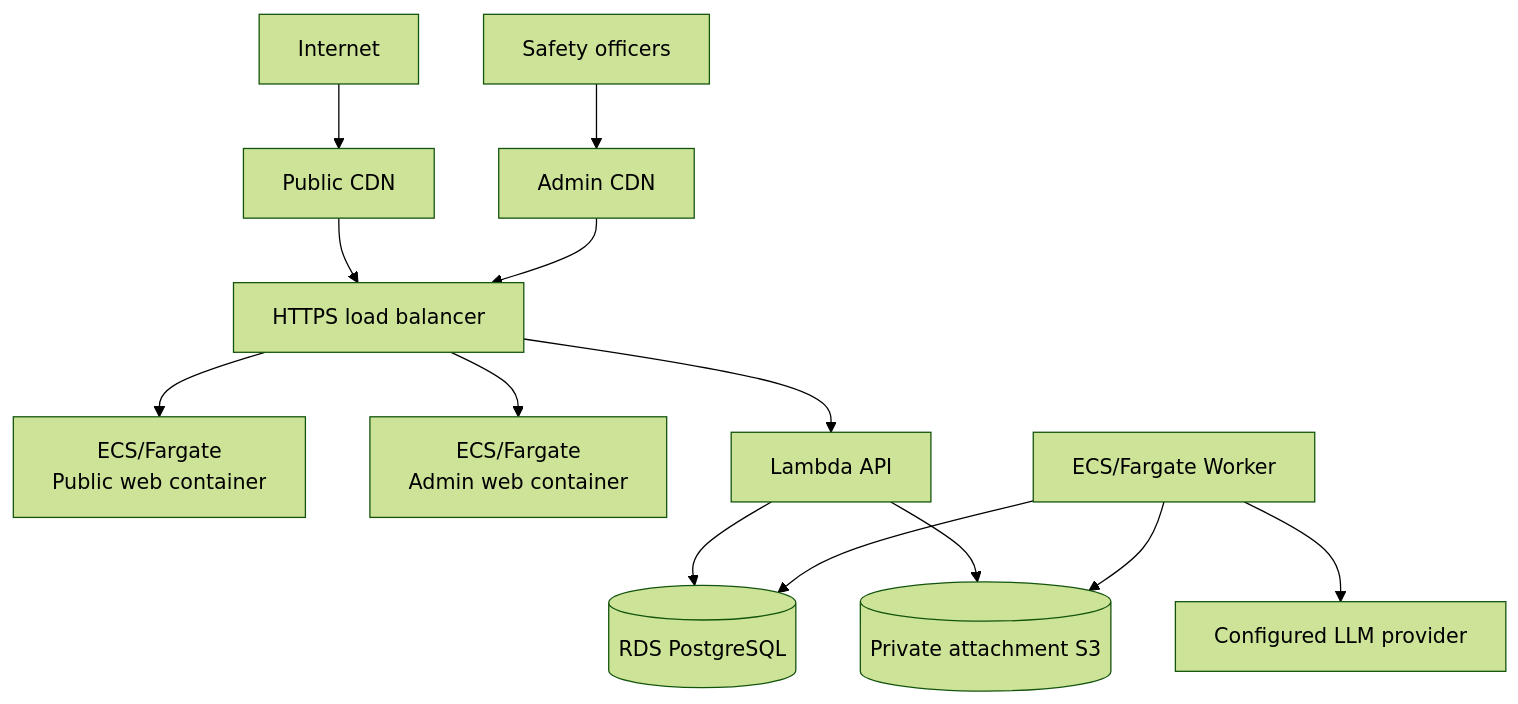
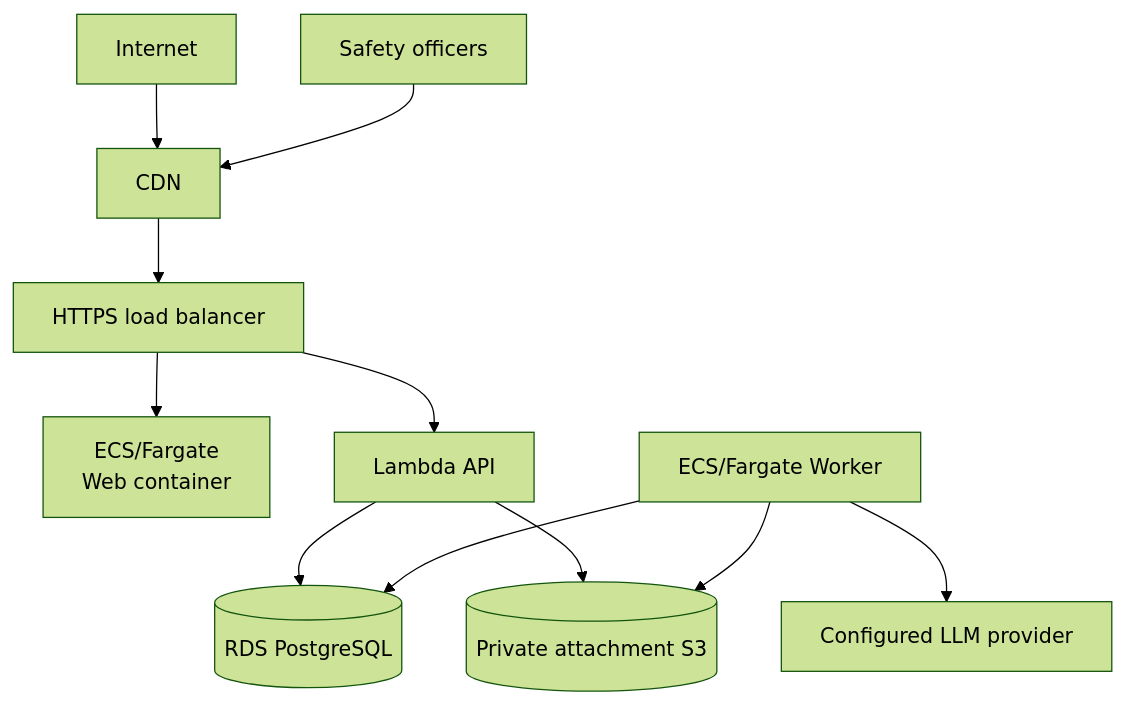
The diagram in docs/infrastructure-and-operations.md (HPAC-Safety/safety-report), drawn with Mermaid (forest theme) before and after one commit. The commit also changed other lines of this file and 17 other files, not shown here.

````diff
--- a/docs/infrastructure-and-operations.md
+++ b/docs/infrastructure-and-operations.md
@@ -7,15 +7,13 @@
 ```mermaid
 flowchart TD
-    internet[Internet] --> publiccdn[Public CDN]
-    officers[Safety officers] --> admincdn[Admin CDN]
-    publiccdn --> alb[HTTPS load balancer]
-    admincdn --> alb
-    alb --> pubweb[ECS/Fargate<br/>Public web container]
-    alb --> adminweb[ECS/Fargate<br/>Admin web container]
+    internet[Internet] --> cdn[CDN]
+    officers[Safety officers] --> cdn
+    cdn --> alb[HTTPS load balancer]
+    alb --> web[ECS/Fargate<br/>Web container]
     alb --> api[Lambda API]
     worker[ECS/Fargate Worker] --> llm[Configured LLM provider]
     api --> rds[(RDS PostgreSQL)]
     worker --> rds
     api --> media[(Private attachment S3)]
     worker --> media
 ```
````
